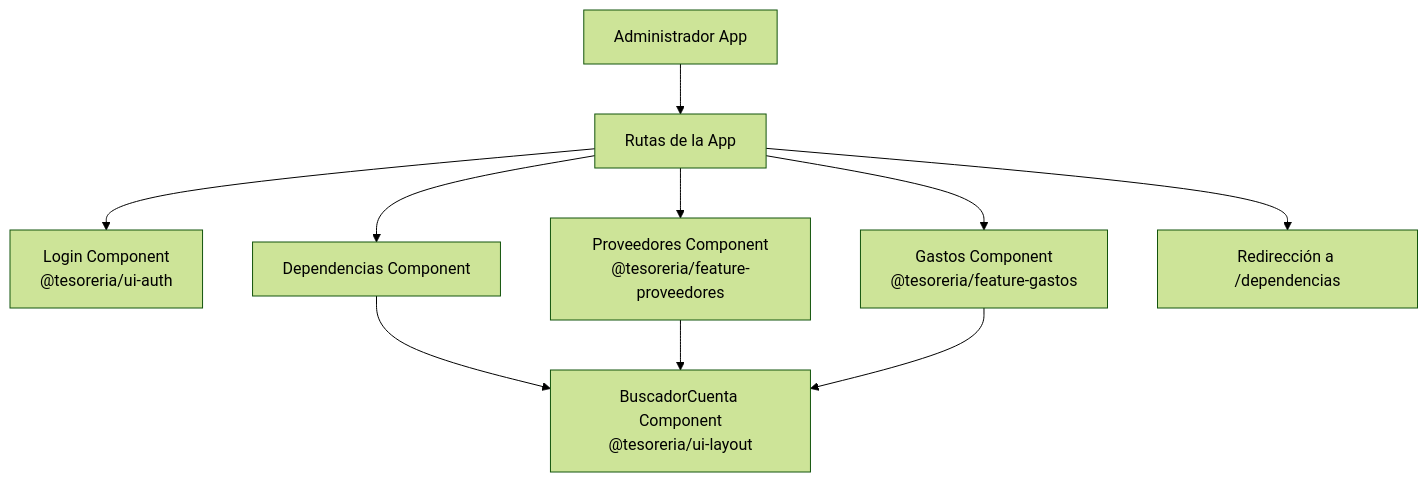
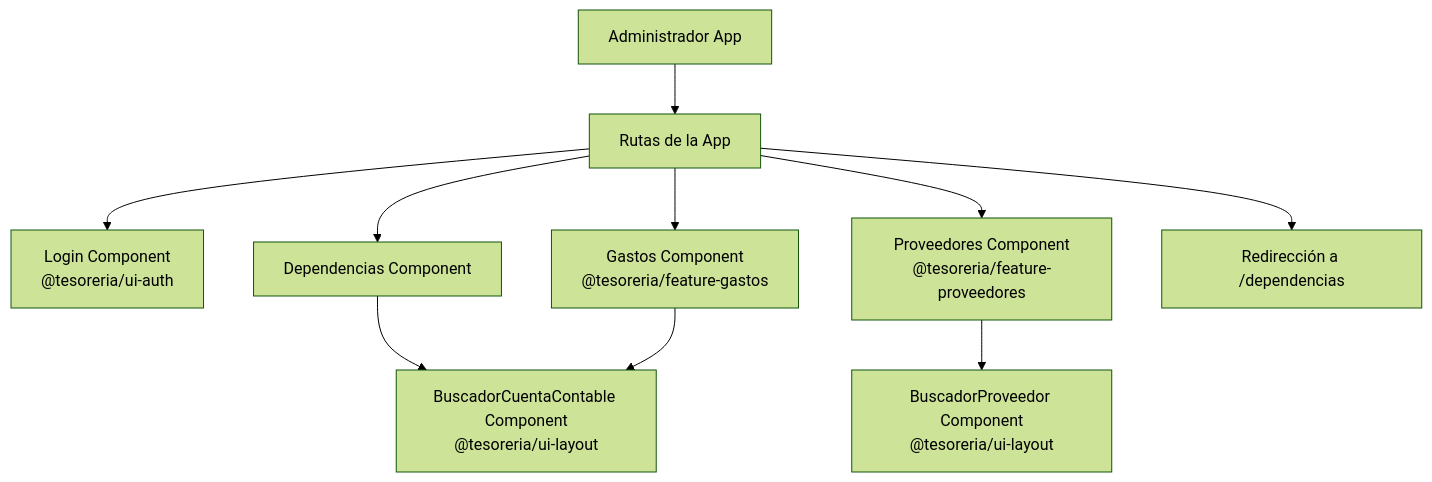
The fourth of 7 diagrams in docs/architecture.md (UM-services/UM.tesoreria.frontend-client), drawn with Mermaid (forest theme) before and after one commit. The commit also changed other lines of this file and 36 other files, not shown here.

````diff
--- a/docs/architecture.md
+++ b/docs/architecture.md
@@ -95,13 +104,13 @@
 ```mermaid
 graph TD
     AdminApp[Administrador App] --> AppRoutes[Rutas de la App]
     AppRoutes --> Login[Login Component<br/>@tesoreria/ui-auth]
     AppRoutes --> Dependencias[Dependencias Component]
     AppRoutes --> Proveedores[Proveedores Component<br/>@tesoreria/feature-proveedores]
     AppRoutes --> Gastos[Gastos Component<br/>@tesoreria/feature-gastos]
     AppRoutes --> Redirect[Redirección a /dependencias]
 
-    Dependencias --> BuscadorCuenta[BuscadorCuenta Component<br/>@tesoreria/ui-layout]
-    Proveedores --> BuscadorCuenta
-    Gastos --> BuscadorCuenta
+    Dependencias --> BuscadorCuentaContable[BuscadorCuentaContable Component<br/>@tesoreria/ui-layout]
+    Proveedores --> BuscadorProveedor[BuscadorProveedor Component<br/>@tesoreria/ui-layout]
+    Gastos --> BuscadorCuentaContable
 ```
````
